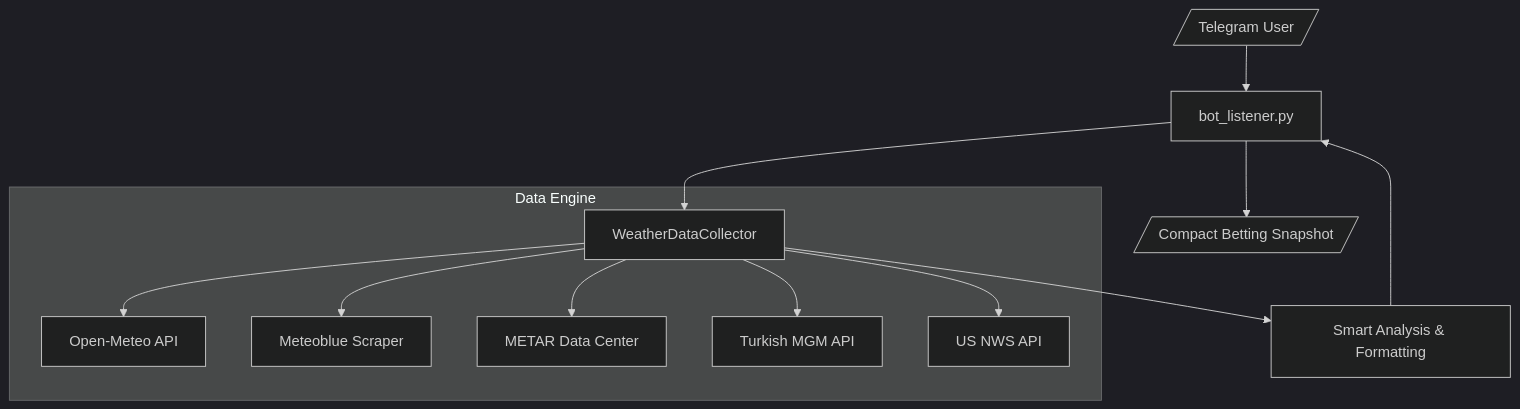
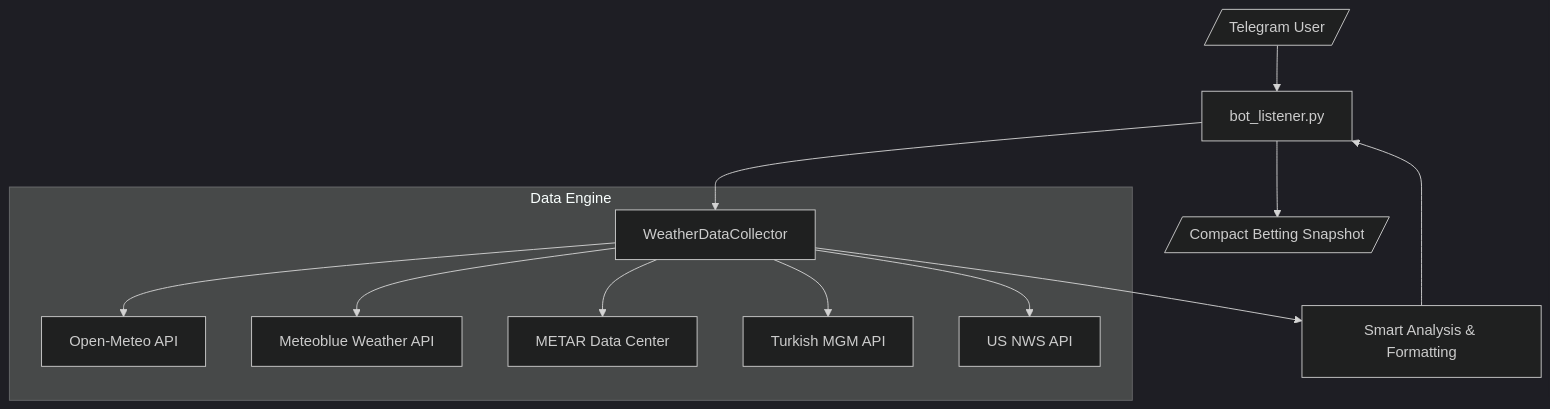
The diagram in README.md (yangyuan-zhen/PolyWeather), drawn with Mermaid (dark theme) before and after one commit. The commit also changed other lines of this file and 5 other files, not shown here.

````diff
--- a/README.md
+++ b/README.md
@@ -78,17 +79,17 @@
 ```mermaid
 graph TD
     User[/Telegram User/] --> Bot[bot_listener.py]
     Bot --> Collector[WeatherDataCollector]
 
     subgraph "Data Engine"
         Collector --> OM[Open-Meteo API]
-        Collector --> MB[Meteoblue Scraper]
+        Collector --> MB[Meteoblue Weather API]
         Collector --> NOAA[METAR Data Center]
         Collector --> MGM[Turkish MGM API]
         Collector --> NWS[US NWS API]
     end
 
     Collector --> Processing[Smart Analysis & Formatting]
     Processing --> Bot
     Bot --> Reponse[/Compact Betting Snapshot/]
 ```
````
